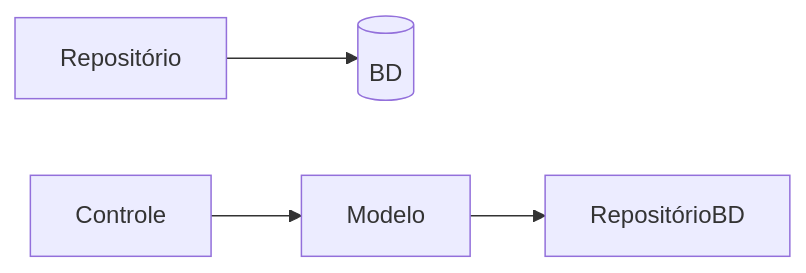
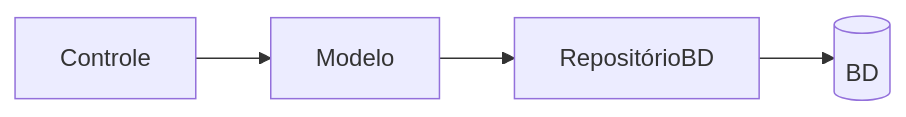
Before and after one commit to mtov/esmforum: the first of 2 diagrams in docs/testes-unidade.md, drawn with Mermaid. The commit also changed other lines of this file, not shown here.

````diff
--- a/docs/testes-unidade.md
+++ b/docs/testes-unidade.md
@@ -55,7 +55,7 @@
 ```mermaid
 flowchart LR
     BD[(BD)]
     Controle --> Modelo
     Modelo --> RepositórioBD
-    Repositório --> BD
+    RepositórioBD --> BD
 ```
````
